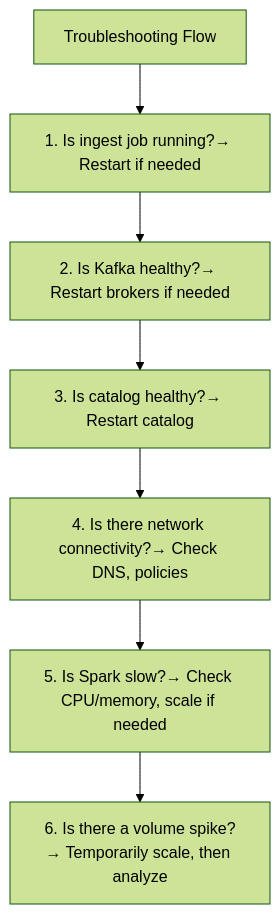
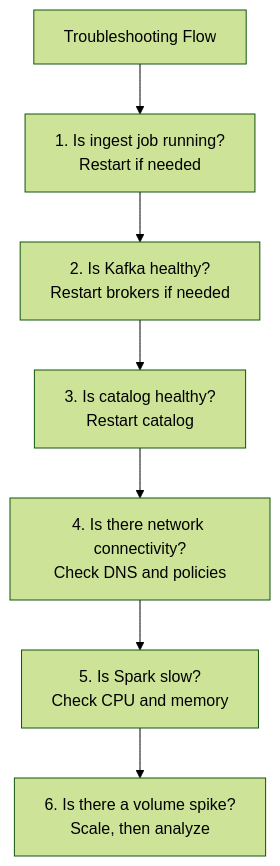
One commit to naren-chakraview/chakraview-fintech-data-mesh changed the sixth of 8 diagrams in docs/production/troubleshooting.md. Above: the diagram before and after it, drawn with Mermaid (forest theme). The commit also changed other lines of this file and 21 other files, not shown here.

First line of the commit message:
Fix mermaid diagram rendering issues in fintech data mesh documentation

````diff
--- a/docs/production/troubleshooting.md
+++ b/docs/production/troubleshooting.md
@@ -141,10 +141,10 @@
 ```mermaid
 graph TD
     A["Troubleshooting Flow"]
-    A --> A1["1. Is ingest job running?→ Restart if needed"]
-    A1 --> A2["2. Is Kafka healthy?→ Restart brokers if needed"]
-    A2 --> A3["3. Is catalog healthy?→ Restart catalog"]
-    A3 --> A4["4. Is there network connectivity?→ Check DNS, policies"]
-    A4 --> A5["5. Is Spark slow?→ Check CPU/memory, scale if needed"]
-    A5 --> A6["6. Is there a volume spike?→ Temporarily scale, then analyze"]
+    A --> A1["1. Is ingest job running?<br/>Restart if needed"]
+    A1 --> A2["2. Is Kafka healthy?<br/>Restart brokers if needed"]
+    A2 --> A3["3. Is catalog healthy?<br/>Restart catalog"]
+    A3 --> A4["4. Is there network connectivity?<br/>Check DNS and policies"]
+    A4 --> A5["5. Is Spark slow?<br/>Check CPU and memory"]
+    A5 --> A6["6. Is there a volume spike?<br/>Scale, then analyze"]
 ```
````
